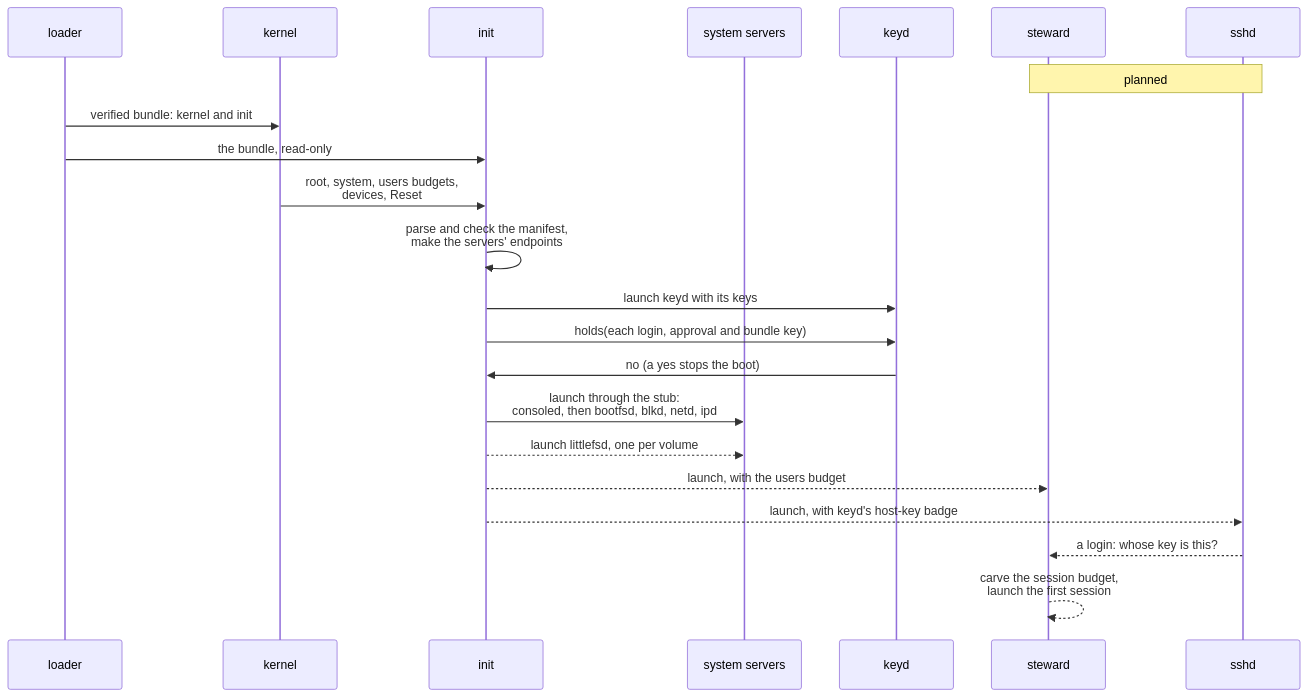
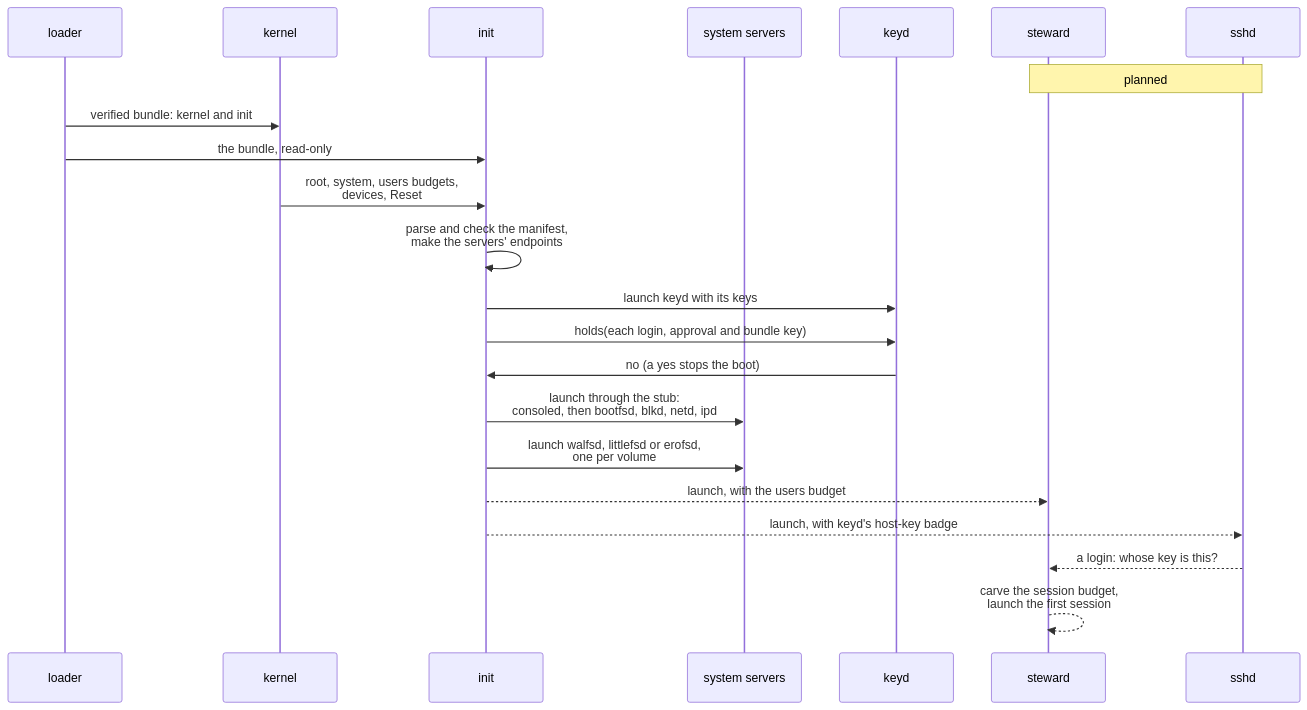
The first of 2 diagrams in docs/servers/init.md (sirmick/redoubt), drawn with Mermaid before and after one commit. The commit also changed other lines of this file and 25 other files, not shown here.

````diff
--- a/docs/servers/init.md
+++ b/docs/servers/init.md
@@ -304,24 +305,24 @@
 ```mermaid
 sequenceDiagram
     participant L as loader
     participant K as kernel
     participant I as init
     participant S as system servers
     participant KD as keyd
     participant ST as steward
     participant SH as sshd
     Note over ST,SH: planned
     L->>K: verified bundle: kernel and init
     L->>I: the bundle, read-only
     K->>I: root, system, users budgets,<br/>devices, Reset
     I->>I: parse and check the manifest,<br/>make the servers' endpoints
     I->>KD: launch keyd with its keys
     I->>KD: holds(each login, approval and bundle key)
     KD->>I: no (a yes stops the boot)
     I->>S: launch through the stub:<br/>consoled, then bootfsd, blkd, netd, ipd
-    I-->>S: launch littlefsd, one per volume
+    I->>S: launch walfsd, littlefsd or erofsd,<br/>one per volume
     I-->>ST: launch, with the users budget
     I-->>SH: launch, with keyd's host-key badge
     SH-->>ST: a login: whose key is this?
     ST-->>ST: carve the session budget,<br/>launch the first session
 ```
````
